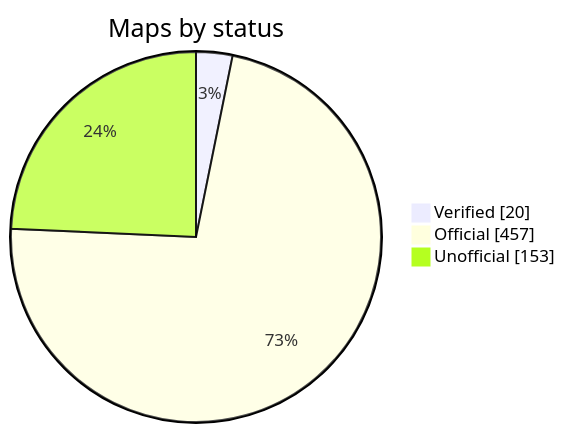
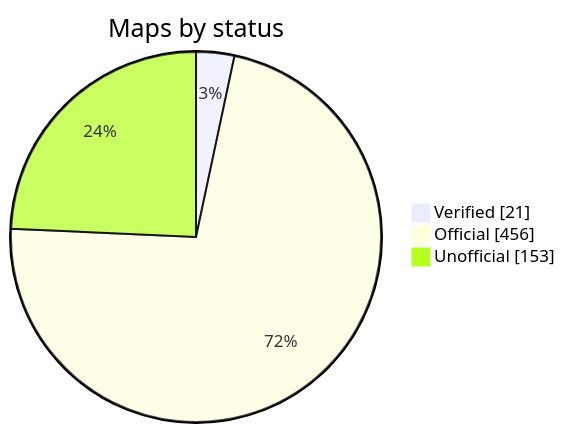
One commit to nobrega8/mbmap-library changed the diagram in README.md. Above: the diagram before and after it, drawn with Mermaid. The commit also changed 6 other files, not shown here.

````diff
--- a/README.md
+++ b/README.md
@@ -52,7 +52,7 @@
 ```mermaid
 pie showData
     title Maps by status
-    "Verified" : 20
-    "Official" : 457
+    "Verified" : 21
+    "Official" : 456
     "Unofficial" : 153
 ```
````
